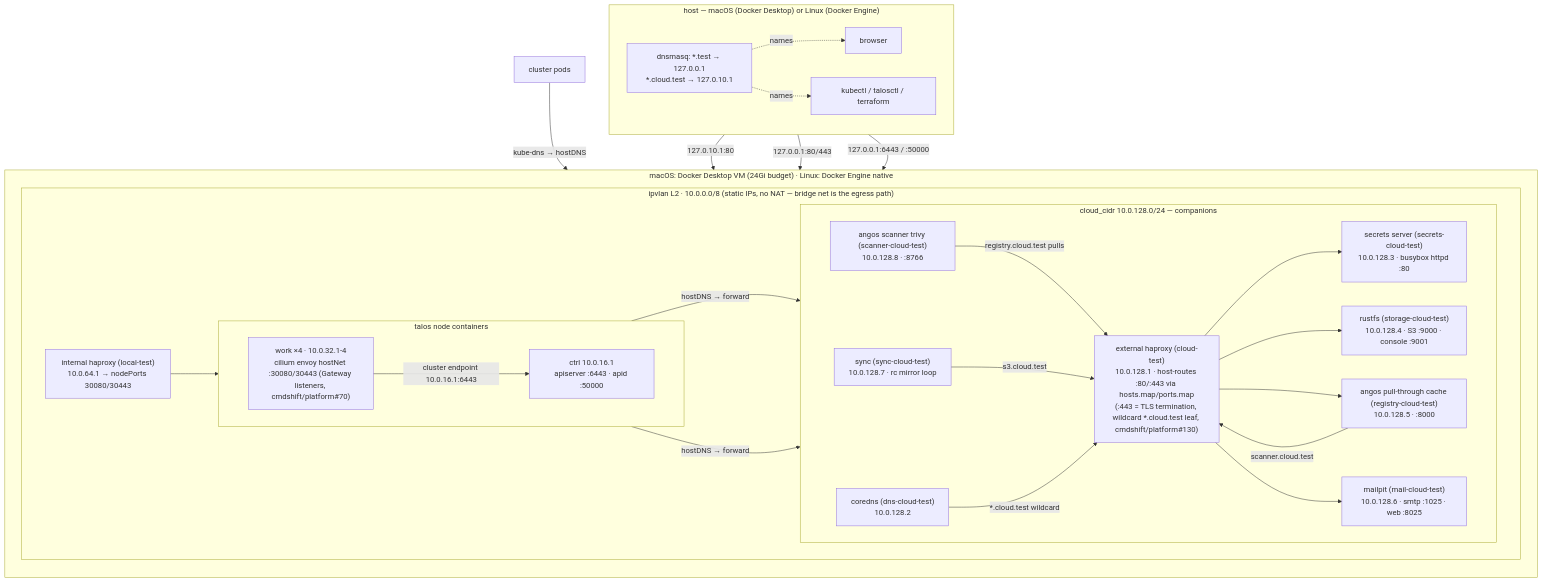
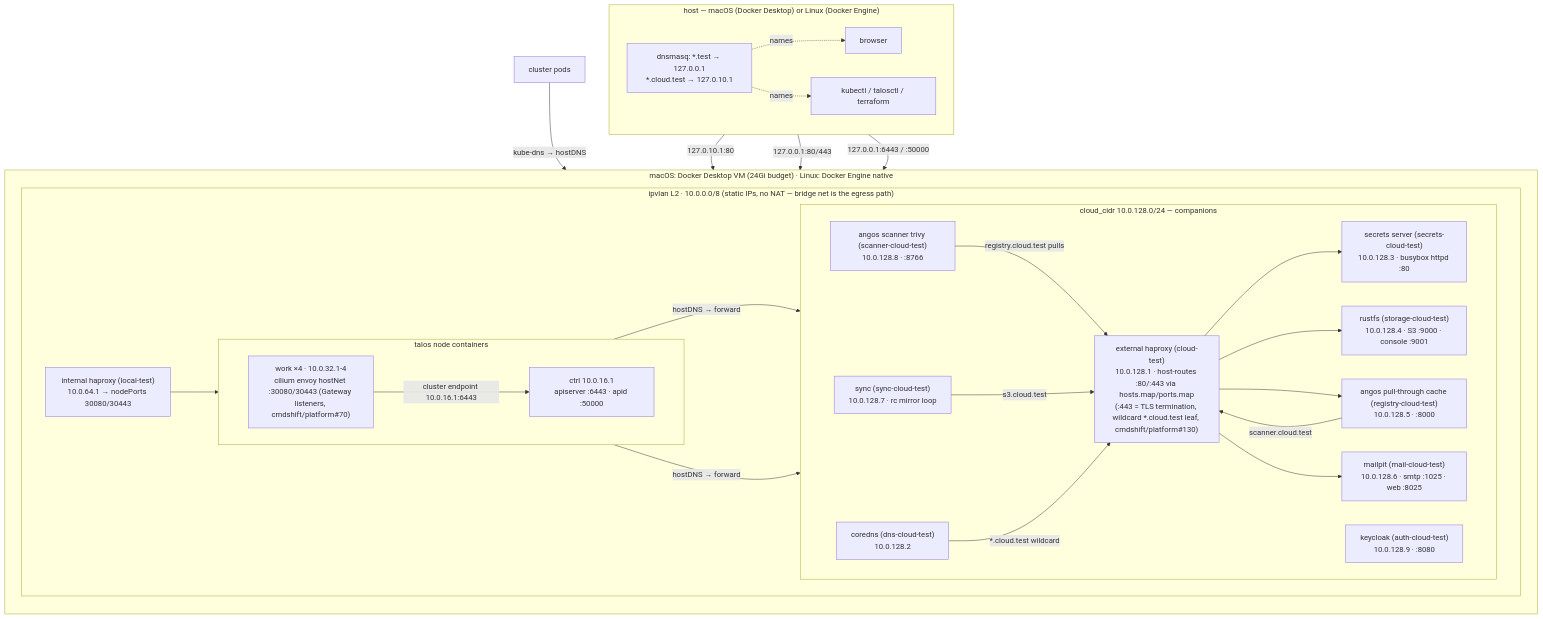
One commit to cmdshift/platform changed the diagram in cluster/local/ARCHITECTURE.md. Above: the diagram before and after it, drawn with Mermaid. The commit also changed other lines of this file and 18 other files, not shown here.

````diff
--- a/cluster/local/ARCHITECTURE.md
+++ b/cluster/local/ARCHITECTURE.md
@@ -7,47 +7,48 @@
 ```mermaid
 flowchart TB
   subgraph host["host — macOS (Docker Desktop) or Linux (Docker Engine)"]
     direction LR
     BR["browser"]
     KC["kubectl / talosctl / terraform"]
     DNSMASQ["dnsmasq: *.test → 127.0.0.1\n*.cloud.test → 127.0.10.1"]
   end
 
   subgraph vm["macOS: Docker Desktop VM (24Gi budget) · Linux: Docker Engine native"]
     direction TB
     subgraph iv["ipvlan L2 · 10.0.0.0/8 (static IPs, no NAT — bridge net is the egress path)"]
       direction LR
       subgraph cloud["cloud_cidr 10.0.128.0/24 — companions"]
         direction LR
         X["external haproxy (cloud-test)\n10.0.128.1 · host-routes :80/:443 via hosts.map/ports.map\n(:443 = TLS termination, wildcard *.cloud.test leaf, cmdshift/platform#130)"]
         CD["coredns (dns-cloud-test)\n10.0.128.2"]
         SE["secrets server (secrets-cloud-test)\n10.0.128.3 · busybox httpd :80"]
         RU["rustfs (storage-cloud-test)\n10.0.128.4 · S3 :9000 · console :9001"]
         AN["angos pull-through cache (registry-cloud-test)\n10.0.128.5 · :8000"]
         MP["mailpit (mail-cloud-test)\n10.0.128.6 · smtp :1025 · web :8025"]
         SY["sync (sync-cloud-test)\n10.0.128.7 · rc mirror loop"]
         SC["angos scanner trivy (scanner-cloud-test)\n10.0.128.8 · :8766"]
+        AU["keycloak (auth-cloud-test)\n10.0.128.9 · :8080"]
       end
       subgraph nodes["talos node containers"]
         direction LR
         CP["ctrl 10.0.16.1\napiserver :6443 · apid :50000"]
         WK["work ×4 · 10.0.32.1-4\ncilium envoy hostNet :30080/30443 (Gateway listeners, cmdshift/platform#70)"]
       end
       LB["internal haproxy (local-test)\n10.0.64.1 → nodePorts 30080/30443"]
     end
   end
 
   DNSMASQ -. names .-> BR & KC
   BR -- "127.0.10.1:80" --> X
   BR -- "127.0.0.1:80/443" --> LB
   KC -- "127.0.0.1:6443 / :50000" --> CP
   X --> SE & RU & AN & MP
   AN -- "scanner.cloud.test" --> X
   SC -- "registry.cloud.test pulls" --> X
   LB --> WK
   WK -- "cluster endpoint 10.0.16.1:6443" --> CP
   SY -- "s3.cloud.test" --> X
   WK & CP -- "hostDNS → forward" --> CD
   CD -- "*.cloud.test wildcard" --> X
   pods["cluster pods"] -- "kube-dns → hostDNS" --> CD
 ```
````
